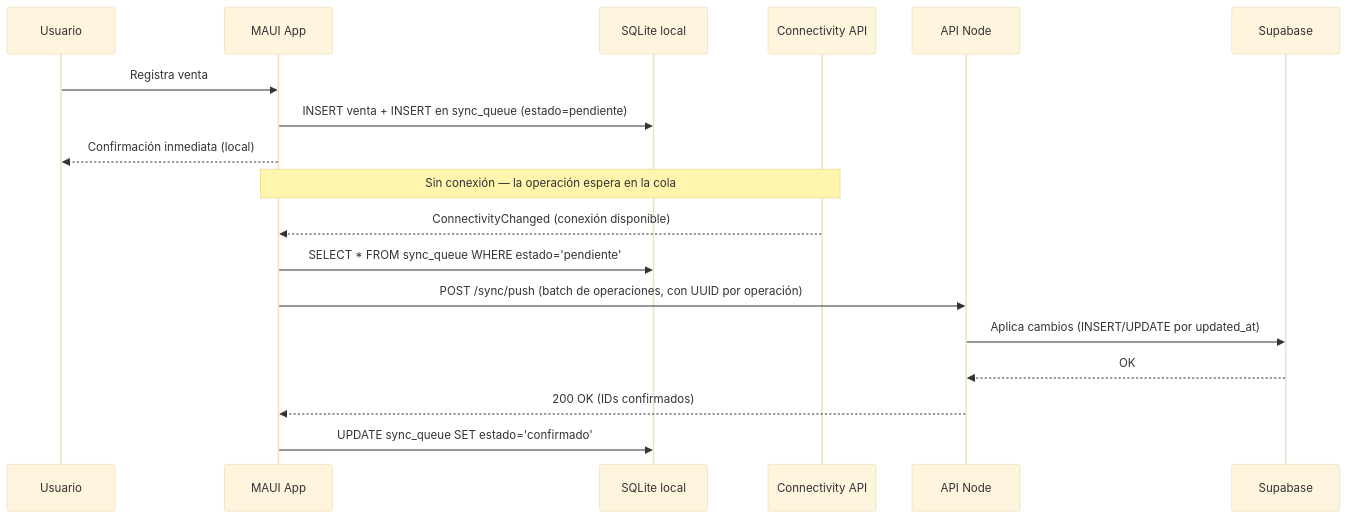
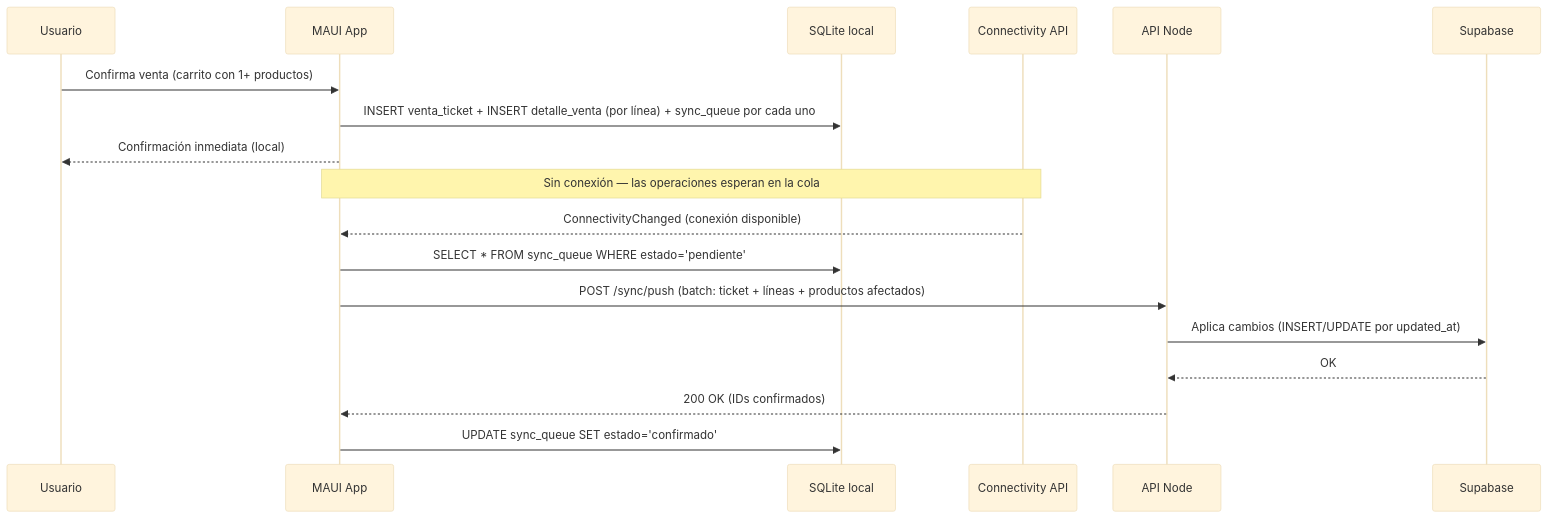
One commit to alexandrafs5/StockBridge changed the third of 6 diagrams in docs/arquitectura.md. Above: the diagram before and after it, drawn with Mermaid (base theme). The commit also changed other lines of this file and 1 other file, not shown here.

````diff
--- a/docs/arquitectura.md
+++ b/docs/arquitectura.md
@@ -139,23 +161,23 @@
 ```mermaid
 sequenceDiagram
     participant U as Usuario
     participant App as MAUI App
     participant DB as SQLite local
     participant Net as Connectivity API
     participant API as API Node
     participant PG as Supabase
 
-    U->>App: Registra venta
-    App->>DB: INSERT venta + INSERT en sync_queue (estado=pendiente)
+    U->>App: Confirma venta (carrito con 1+ productos)
+    App->>DB: INSERT venta_ticket + INSERT detalle_venta (por línea) + sync_queue por cada uno
     App-->>U: Confirmación inmediata (local)
 
-    Note over App,Net: Sin conexión — la operación espera en la cola
+    Note over App,Net: Sin conexión — las operaciones esperan en la cola
 
     Net-->>App: ConnectivityChanged (conexión disponible)
     App->>DB: SELECT * FROM sync_queue WHERE estado='pendiente'
-    App->>API: POST /sync/push (batch de operaciones, con UUID por operación)
+    App->>API: POST /sync/push (batch: ticket + líneas + productos afectados)
     API->>PG: Aplica cambios (INSERT/UPDATE por updated_at)
     PG-->>API: OK
     API-->>App: 200 OK (IDs confirmados)
     App->>DB: UPDATE sync_queue SET estado='confirmado'
 ```
````
